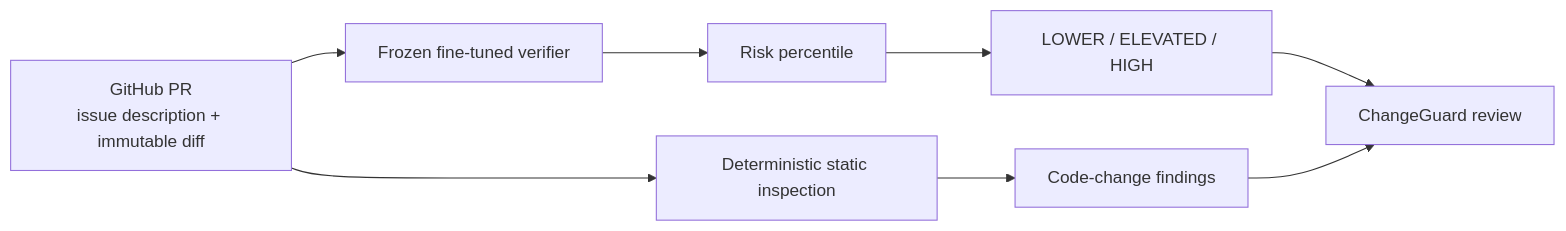
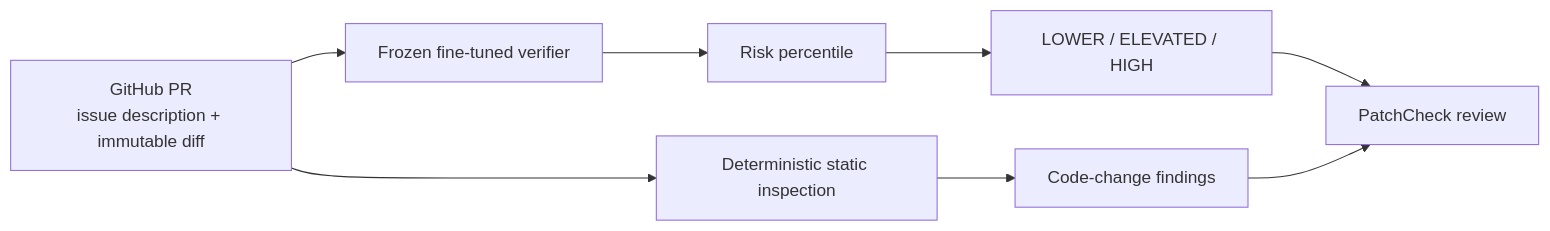
One commit to tkim602/PatchCheck changed the second of 3 diagrams in README.md. Above: the diagram before and after it, drawn with Mermaid. The commit also changed other lines of this file, not shown here.

Commit message:
Rename project to PatchCheck

````diff
--- a/README.md
+++ b/README.md
@@ -70,15 +70,15 @@
 ```mermaid
 flowchart LR
     PR[GitHub PR<br/>issue description + immutable diff]
 
     PR --> MODEL[Frozen fine-tuned verifier]
     PR --> STATIC[Deterministic static inspection]
 
     MODEL --> RP[Risk percentile]
     RP --> SIGNAL[LOWER / ELEVATED / HIGH]
 
     STATIC --> FLAGS[Code-change findings]
 
-    SIGNAL --> OUT[ChangeGuard review]
+    SIGNAL --> OUT[PatchCheck review]
     FLAGS --> OUT
 ```
````
